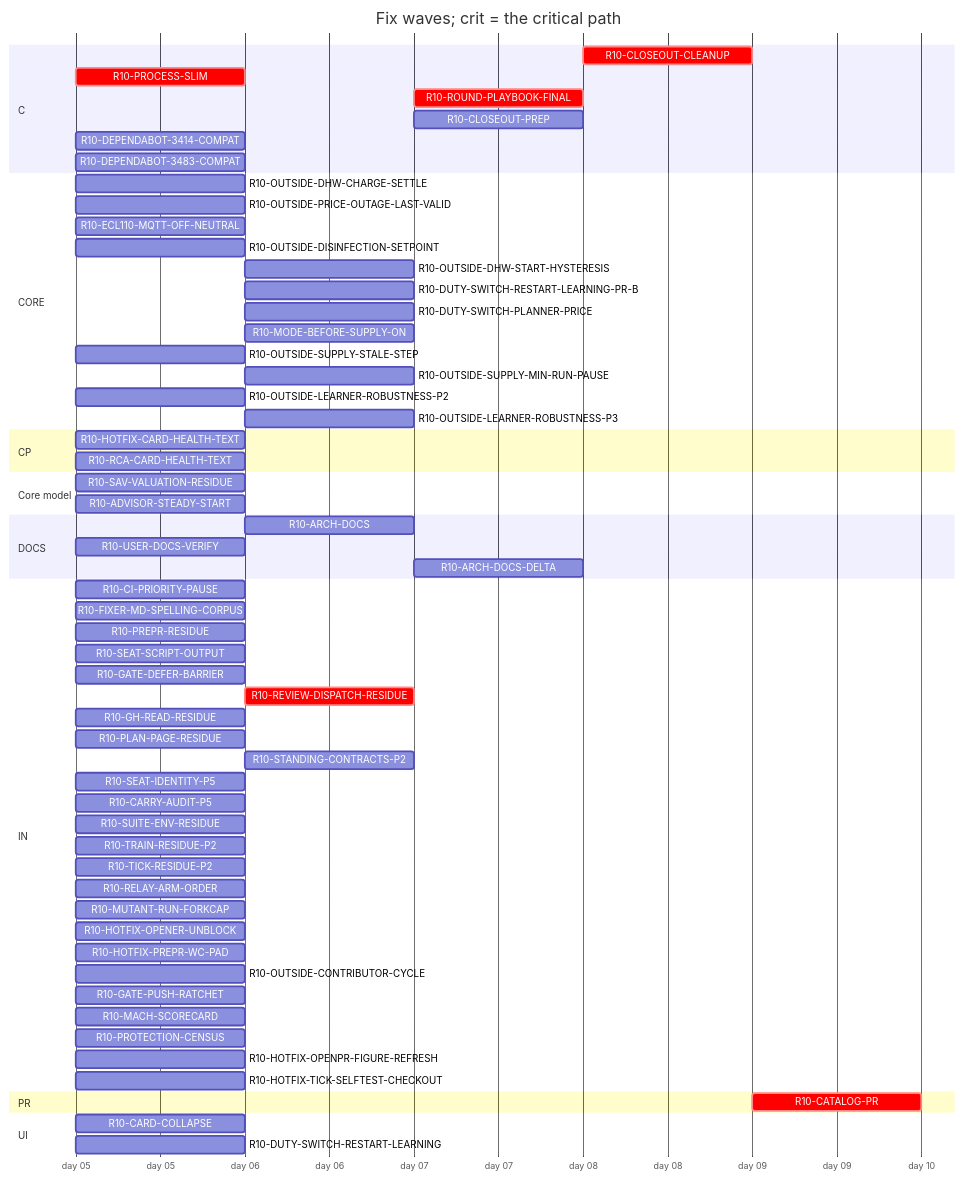
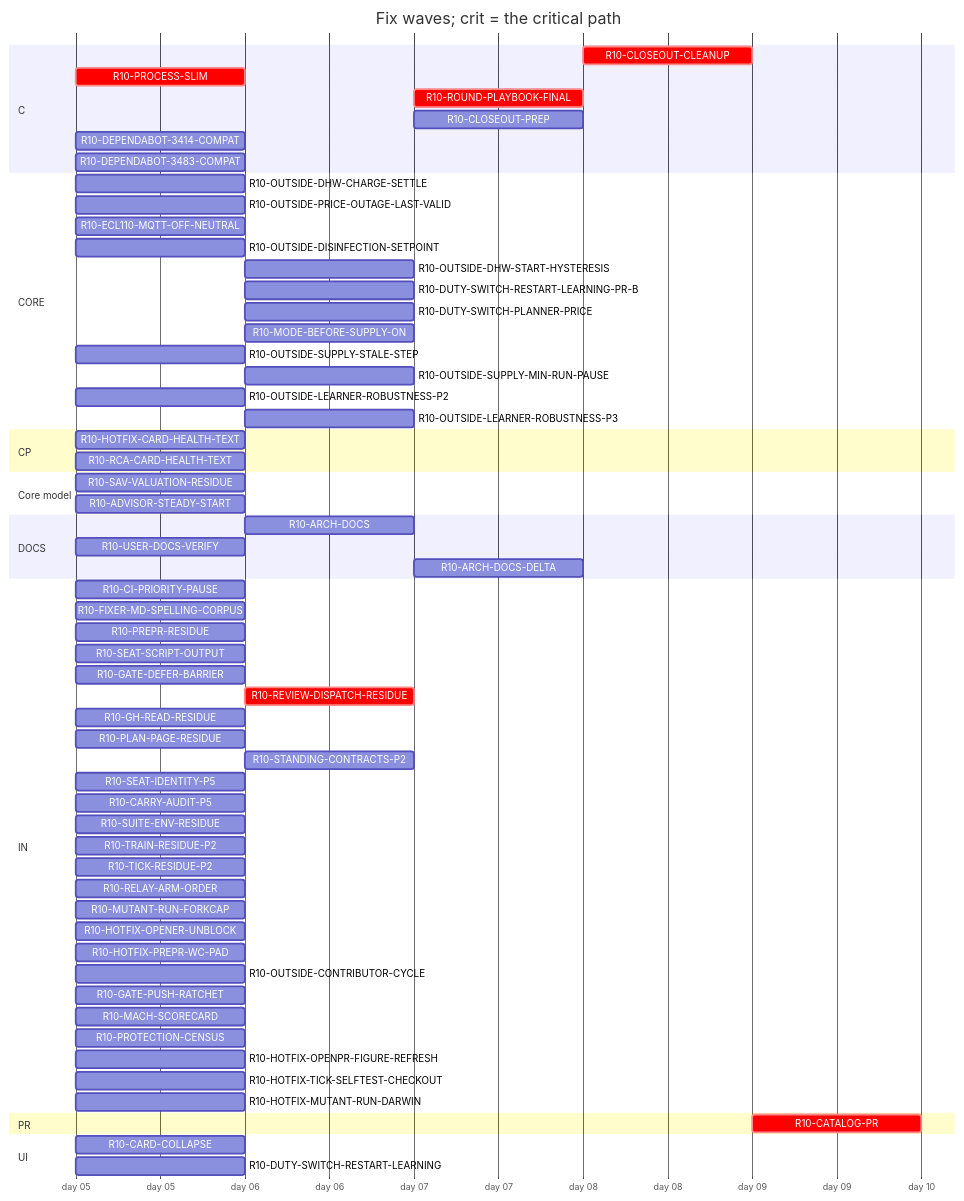
One commit to tvofi/heatpump_optimizer changed the diagram in handoff/round10/state/PLAN-TABLE.md. Above: the diagram before and after it, drawn with Mermaid. The commit also changed other lines of this file and 4 other files, not shown here.

Commit message:
state: FLOW-BOARD.md, NEXT-SESSION-PROMPT.md, PLAN-TABLE.md, PLAN.html, RESUME-CURRENT.md regenerated (state_docs.py)

````diff
--- a/handoff/round10/state/PLAN-TABLE.md
+++ b/handoff/round10/state/PLAN-TABLE.md
@@ -21,66 +21,67 @@
 ```mermaid
 gantt
   title Fix waves; crit = the critical path
   dateFormat YYYY-MM-DD
   axisFormat day %d
   section C
     R10-CLOSEOUT-CLEANUP :crit, r10CLOSEOUTCLEANUP, after r10ARCHDOCS r10USERDOCSVERIFY r10ROUNDPLAYBOOKFINAL r10CLOSEOUTPREP r10ARCHDOCSDELTA, 1d
     R10-PROCESS-SLIM :crit, r10PROCESSSLIM, 2026-01-05, 1d
     R10-ROUND-PLAYBOOK-FINAL :crit, r10ROUNDPLAYBOOKFINAL, after r10PROCESSSLIM r10FIXERMDSPELLINGCORPUS r10PREPRRESIDUE r10SEATSCRIPTOUTPUT r10REVIEWDISPATCHRESIDUE r10CARRYAUDITP5 r10SEATIDENTITYP5 r10STANDINGCONTRACTSP2 r10PLANPAGERESIDUE r10GHREADRESIDUE r10SUITEENVRESIDUE r10GATEDEFERBARRIER, 1d
     R10-CLOSEOUT-PREP :r10CLOSEOUTPREP, after r10ARCHDOCS r10PROCESSSLIM r10FIXERMDSPELLINGCORPUS r10PREPRRESIDUE r10SEATSCRIPTOUTPUT r10REVIEWDISPATCHRESIDUE r10CARRYAUDITP5 r10SEATIDENTITYP5 r10STANDINGCONTRACTSP2 r10PLANPAGERESIDUE r10GHREADRESIDUE r10SUITEENVRESIDUE r10GATEDEFERBARRIER, 1d
     R10-DEPENDABOT-3414-COMPAT :r10DEPENDABOT3414COMPAT, 2026-01-05, 1d
     R10-DEPENDABOT-3483-COMPAT :r10DEPENDABOT3483COMPAT, 2026-01-05, 1d
   section CORE
     R10-OUTSIDE-DHW-CHARGE-SETTLE :r10OUTSIDEDHWCHARGESETTLE, 2026-01-05, 1d
     R10-OUTSIDE-PRICE-OUTAGE-LAST-VALID :r10OUTSIDEPRICEOUTAGELASTVALID, 2026-01-05, 1d
     R10-ECL110-MQTT-OFF-NEUTRAL :r10ECL110MQTTOFFNEUTRAL, 2026-01-05, 1d
     R10-OUTSIDE-DISINFECTION-SETPOINT :r10OUTSIDEDISINFECTIONSETPOINT, 2026-01-05, 1d
     R10-OUTSIDE-DHW-START-HYSTERESIS :r10OUTSIDEDHWSTARTHYSTERESIS, after r10OUTSIDEDISINFECTIONSETPOINT, 1d
     R10-DUTY-SWITCH-RESTART-LEARNING-PR-B :r10DUTYSWITCHRESTARTLEARNINGPRB, after r10DUTYSWITCHRESTARTLEARNING, 1d
     R10-DUTY-SWITCH-PLANNER-PRICE :r10DUTYSWITCHPLANNERPRICE, after r10DUTYSWITCHRESTARTLEARNING, 1d
     R10-MODE-BEFORE-SUPPLY-ON :r10MODEBEFORESUPPLYON, after r10DUTYSWITCHRESTARTLEARNING, 1d
     R10-OUTSIDE-SUPPLY-STALE-STEP :r10OUTSIDESUPPLYSTALESTEP, 2026-01-05, 1d
     R10-OUTSIDE-SUPPLY-MIN-RUN-PAUSE :r10OUTSIDESUPPLYMINRUNPAUSE, after r10OUTSIDESUPPLYSTALESTEP, 1d
     R10-OUTSIDE-LEARNER-ROBUSTNESS-P2 :r10OUTSIDELEARNERROBUSTNESSP2, 2026-01-05, 1d
     R10-OUTSIDE-LEARNER-ROBUSTNESS-P3 :r10OUTSIDELEARNERROBUSTNESSP3, after r10OUTSIDELEARNERROBUSTNESSP2, 1d
   section CP
     R10-HOTFIX-CARD-HEALTH-TEXT :r10HOTFIXCARDHEALTHTEXT, 2026-01-05, 1d
     R10-RCA-CARD-HEALTH-TEXT :r10RCACARDHEALTHTEXT, 2026-01-05, 1d
   section Core model
     R10-SAV-VALUATION-RESIDUE :r10SAVVALUATIONRESIDUE, 2026-01-05, 1d
     R10-ADVISOR-STEADY-START :r10ADVISORSTEADYSTART, 2026-01-05, 1d
   section DOCS
     R10-ARCH-DOCS :r10ARCHDOCS, after r10PROCESSSLIM, 1d
     R10-USER-DOCS-VERIFY :r10USERDOCSVERIFY, 2026-01-05, 1d
     R10-ARCH-DOCS-DELTA :r10ARCHDOCSDELTA, after r10ARCHDOCS r10SAVVALUATIONRESIDUE r10ADVISORSTEADYSTART, 1d
   section IN
     R10-CI-PRIORITY-PAUSE :r10CIPRIORITYPAUSE, 2026-01-05, 1d
     R10-FIXER-MD-SPELLING-CORPUS :r10FIXERMDSPELLINGCORPUS, 2026-01-05, 1d
     R10-PREPR-RESIDUE :r10PREPRRESIDUE, 2026-01-05, 1d
     R10-SEAT-SCRIPT-OUTPUT :r10SEATSCRIPTOUTPUT, 2026-01-05, 1d
     R10-GATE-DEFER-BARRIER :r10GATEDEFERBARRIER, 2026-01-05, 1d
     R10-REVIEW-DISPATCH-RESIDUE :crit, r10REVIEWDISPATCHRESIDUE, after r10PROCESSSLIM, 1d
     R10-GH-READ-RESIDUE :r10GHREADRESIDUE, 2026-01-05, 1d
     R10-PLAN-PAGE-RESIDUE :r10PLANPAGERESIDUE, 2026-01-05, 1d
     R10-STANDING-CONTRACTS-P2 :r10STANDINGCONTRACTSP2, after r10FIXERMDSPELLINGCORPUS, 1d
     R10-SEAT-IDENTITY-P5 :r10SEATIDENTITYP5, 2026-01-05, 1d
     R10-CARRY-AUDIT-P5 :r10CARRYAUDITP5, 2026-01-05, 1d
     R10-SUITE-ENV-RESIDUE :r10SUITEENVRESIDUE, 2026-01-05, 1d
     R10-TRAIN-RESIDUE-P2 :r10TRAINRESIDUEP2, 2026-01-05, 1d
     R10-TICK-RESIDUE-P2 :r10TICKRESIDUEP2, 2026-01-05, 1d
     R10-RELAY-ARM-ORDER :r10RELAYARMORDER, 2026-01-05, 1d
     R10-MUTANT-RUN-FORKCAP :r10MUTANTRUNFORKCAP, 2026-01-05, 1d
     R10-HOTFIX-OPENER-UNBLOCK :r10HOTFIXOPENERUNBLOCK, 2026-01-05, 1d
     R10-HOTFIX-PREPR-WC-PAD :r10HOTFIXPREPRWCPAD, 2026-01-05, 1d
     R10-OUTSIDE-CONTRIBUTOR-CYCLE :r10OUTSIDECONTRIBUTORCYCLE, 2026-01-05, 1d
     R10-GATE-PUSH-RATCHET :r10GATEPUSHRATCHET, 2026-01-05, 1d
     R10-MACH-SCORECARD :r10MACHSCORECARD, 2026-01-05, 1d
     R10-PROTECTION-CENSUS :r10PROTECTIONCENSUS, 2026-01-05, 1d
     R10-HOTFIX-OPENPR-FIGURE-REFRESH :r10HOTFIXOPENPRFIGUREREFRESH, 2026-01-05, 1d
     R10-HOTFIX-TICK-SELFTEST-CHECKOUT :r10HOTFIXTICKSELFTESTCHECKOUT, 2026-01-05, 1d
+    R10-HOTFIX-MUTANT-RUN-DARWIN :r10HOTFIXMUTANTRUNDARWIN, 2026-01-05, 1d
   section PR
     R10-CATALOG-PR :crit, r10CATALOGPR, after r10USERDOCSVERIFY r10ARCHDOCS r10ROUNDPLAYBOOKFINAL r10CLOSEOUTCLEANUP r10CLOSEOUTPREP r10ARCHDOCSDELTA, 1d
   section UI
     R10-CARD-COLLAPSE :r10CARDCOLLAPSE, 2026-01-05, 1d
     R10-DUTY-SWITCH-RESTART-LEARNING :r10DUTYSWITCHRESTARTLEARNING, 2026-01-05, 1d
 ```
````
